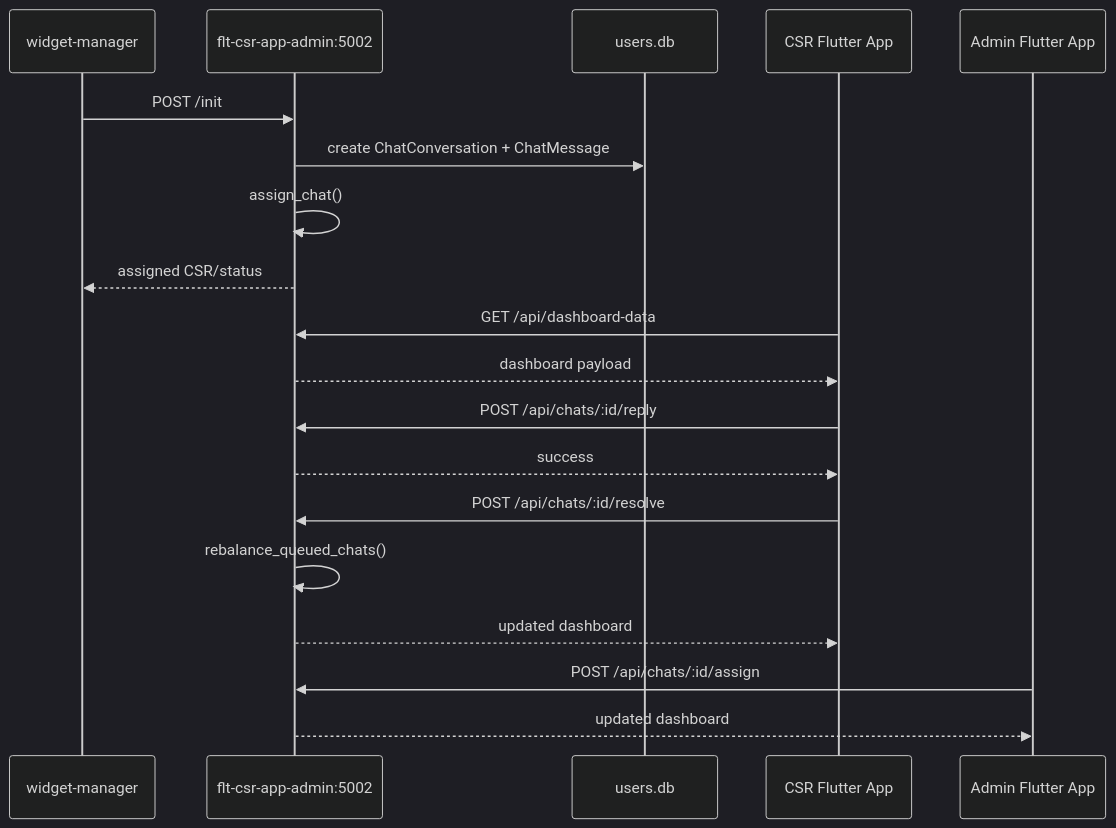
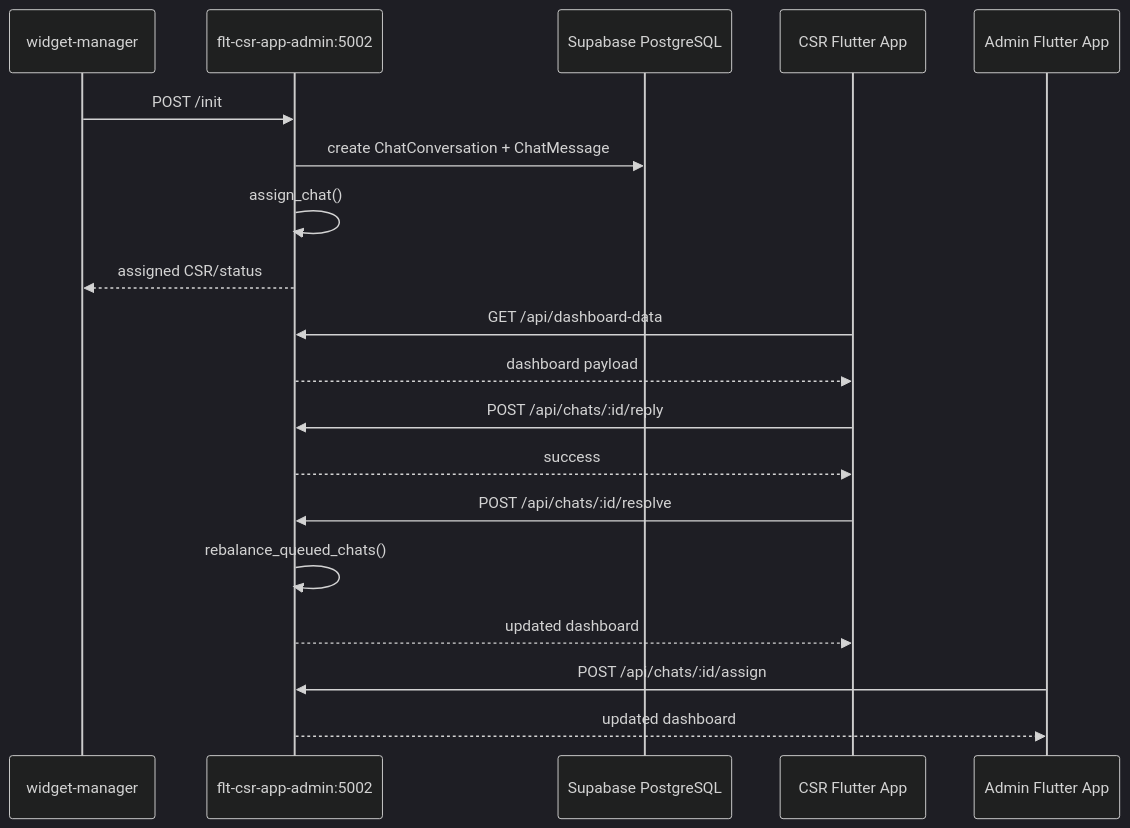
Before and after one commit to fareedi92/admin-csr-tech: the diagram in flutter_api_docs/admin_multi_csr_flutter.md, drawn with Mermaid (dark theme). The commit also changed other lines of this file and 15 other files, not shown here.

````diff
--- a/flutter_api_docs/admin_multi_csr_flutter.md
+++ b/flutter_api_docs/admin_multi_csr_flutter.md
@@ -267,26 +267,26 @@
 ```mermaid
 sequenceDiagram
     participant WM as widget-manager
     participant API as flt-csr-app-admin:5002
-    participant DB as users.db
+    participant DB as Supabase PostgreSQL
     participant CSR as CSR Flutter App
     participant Admin as Admin Flutter App
 
     WM->>API: POST /init
     API->>DB: create ChatConversation + ChatMessage
     API->>API: assign_chat()
     API-->>WM: assigned CSR/status
 
     CSR->>API: GET /api/dashboard-data
     API-->>CSR: dashboard payload
 
     CSR->>API: POST /api/chats/:id/reply
     API-->>CSR: success
 
     CSR->>API: POST /api/chats/:id/resolve
     API->>API: rebalance_queued_chats()
     API-->>CSR: updated dashboard
 
     Admin->>API: POST /api/chats/:id/assign
     API-->>Admin: updated dashboard
 ```
````
